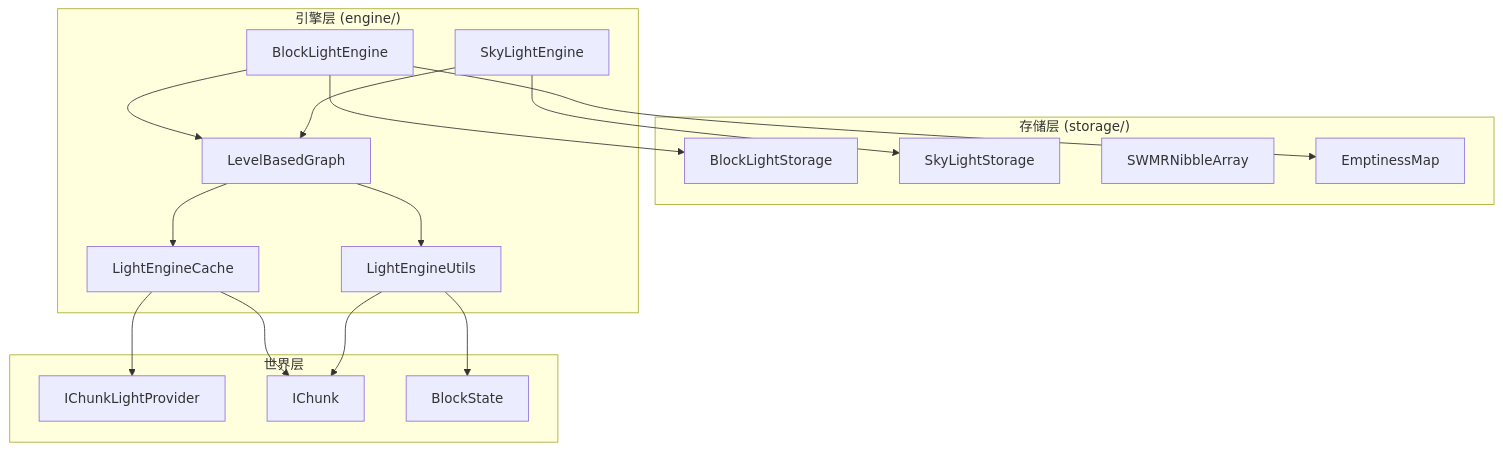
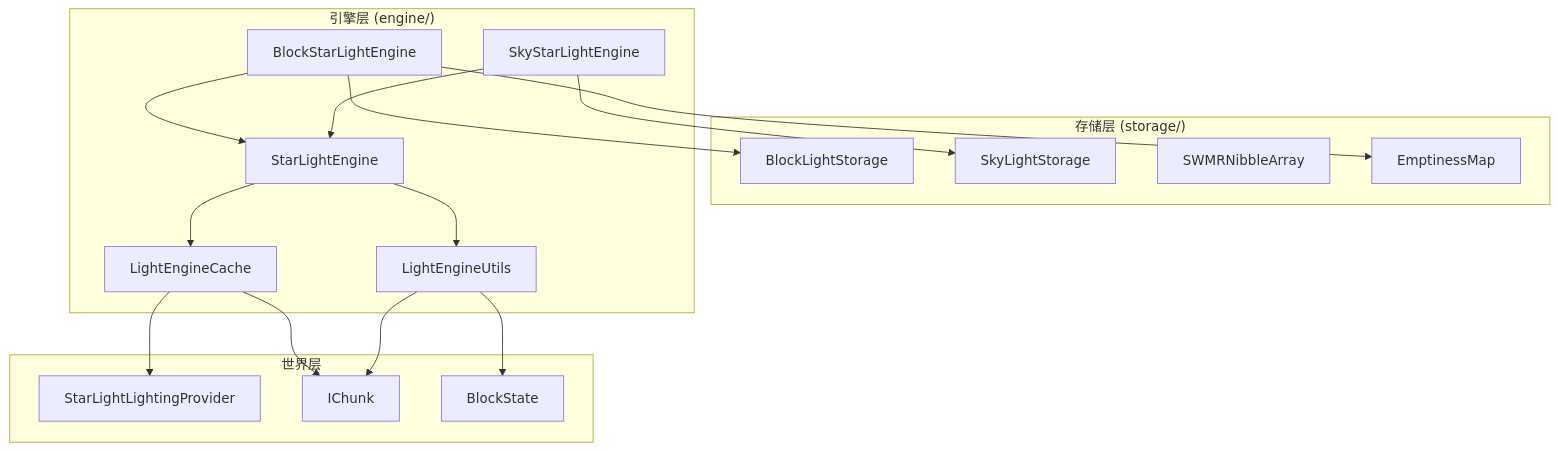
The sixth of 6 diagrams in src/common/world/lighting/engine/README.md (g122622/Cubium), drawn with Mermaid before and after one commit. The commit also changed other lines of this file and 29 other files, not shown here.

````diff
--- a/src/common/world/lighting/engine/README.md
+++ b/src/common/world/lighting/engine/README.md
@@ -250,39 +251,39 @@
 ```mermaid
 flowchart TB
     subgraph Storage["存储层 (storage/)"]
         BlockLightStorage
         SkyLightStorage
         SWMRNibbleArray
         EmptinessMap
     end
 
     subgraph Engine["引擎层 (engine/)"]
-        LevelBasedGraph
-        BlockLightEngine
-        SkyLightEngine
+        StarLightEngine
+        BlockStarLightEngine
+        SkyStarLightEngine
         LightEngineCache
         LightEngineUtils
     end
 
     subgraph World["世界层"]
-        IChunkLightProvider
+        StarLightLightingProvider
         IChunk
         BlockState
     end
 
-    LevelBasedGraph --> LightEngineCache
-    LevelBasedGraph --> LightEngineUtils
+    StarLightEngine --> LightEngineCache
+    StarLightEngine --> LightEngineUtils
 
-    BlockLightEngine --> LevelBasedGraph
-    BlockLightEngine --> BlockLightStorage
-    BlockLightEngine --> EmptinessMap
+    BlockStarLightEngine --> StarLightEngine
+    BlockStarLightEngine --> BlockLightStorage
+    BlockStarLightEngine --> EmptinessMap
 
-    SkyLightEngine --> LevelBasedGraph
-    SkyLightEngine --> SkyLightStorage
+    SkyStarLightEngine --> StarLightEngine
+    SkyStarLightEngine --> SkyLightStorage
 
-    LightEngineCache --> IChunkLightProvider
+    LightEngineCache --> StarLightLightingProvider
     LightEngineCache --> IChunk
 
     LightEngineUtils --> BlockState
     LightEngineUtils --> IChunk
 ```
````
